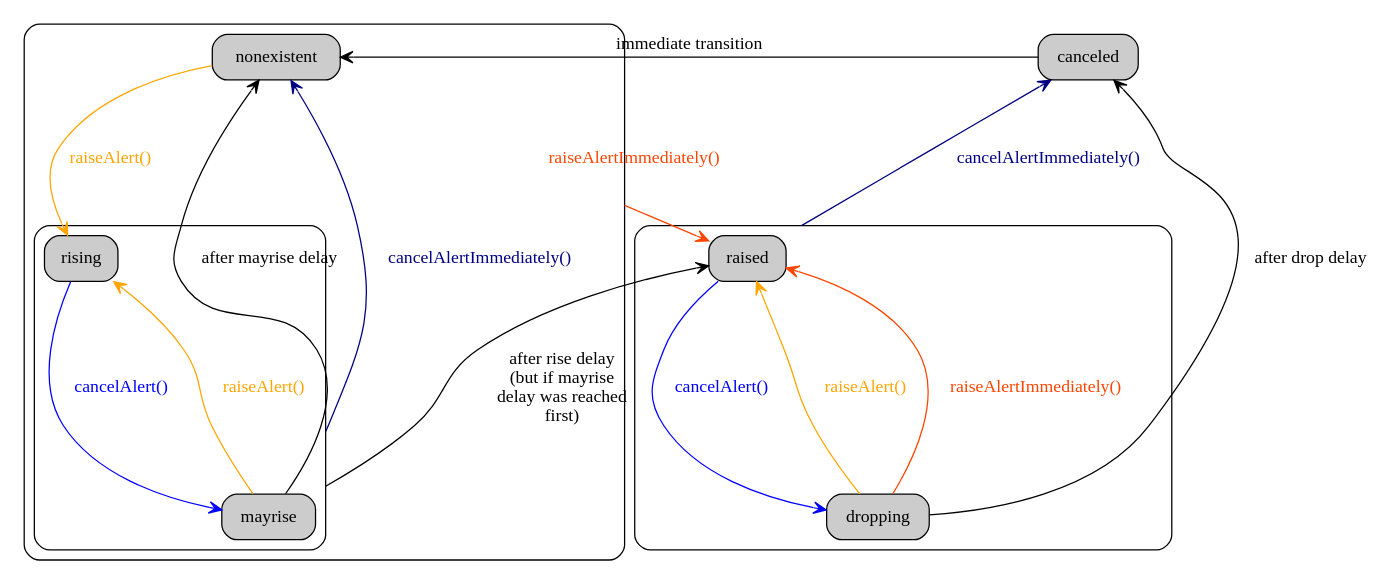
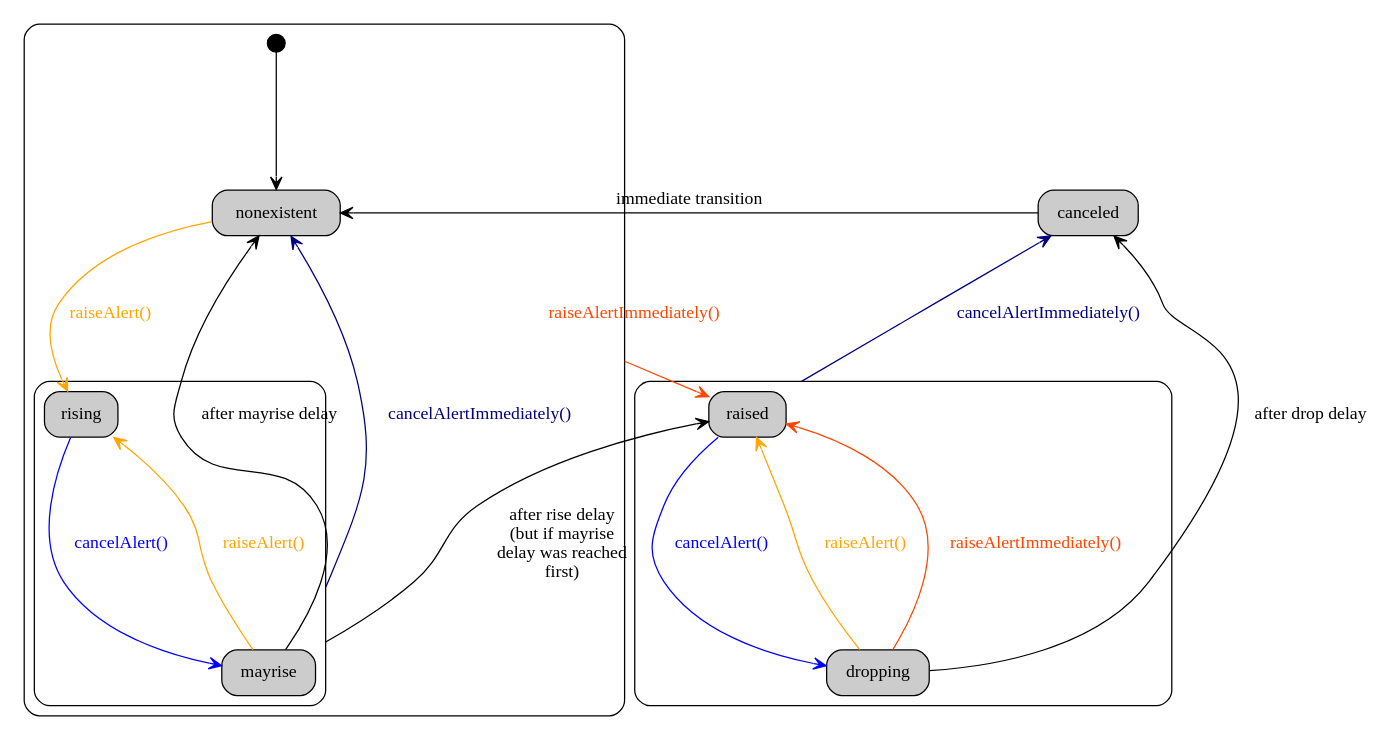
One commit to g76r/libqron changed the diagram in doc/alerts_statuses.dot. Above: the diagram before and after it, drawn with Graphviz.

Commit message:
doc: added initial state on alerts statuses diagram

```diff
--- a/doc/alerts_statuses.dot
+++ b/doc/alerts_statuses.dot
@@ -1,32 +1,31 @@
 graph g {
   newrank=true;
   graph [compound=true,style=rounded,ranksep=1.5]
   edge [arrowhead=vee,dir=forward]
   node [shape=box,style="rounded,filled",fillcolor=grey80]
   subgraph cluster_nonexistent {
-    /*start [shape=circle,style=filled,width=.2,label="",fillcolor=black]
-    start -- nonexistent*/
-    nonexistent
+    start [shape=circle,style=filled,width=.2,label="",fillcolor=black]
+    start -- nonexistent
     subgraph cluster_rising { rising; mayrise }
   }
   subgraph cluster_raised { raised; dropping }
   mayrise -- raised [ltail=cluster_rising,label="after rise delay\n(but if mayrise\ndelay was reached\nfirst)"]
   mayrise -- nonexistent [label="after mayrise delay"]
   dropping -- canceled [label="after drop delay"]
   canceled -- nonexistent [weight=0,label="immediate transition"]
   edge [color=orange,fontcolor=orange,label="raiseAlert()"]
   nonexistent -- rising
   mayrise -- rising
   dropping -- raised
   edge [color=blue,fontcolor=blue,label="cancelAlert()"]
   rising -- mayrise
   raised -- dropping
   edge [color=orangered,fontcolor=orangered,label="raiseAlertImmediately()"]
   nonexistent -- raised [ltail=cluster_nonexistent]
   dropping -- raised
   edge [color=navy,fontcolor=navy,label="cancelAlertImmediately()"]
   raised -- canceled [ltail=cluster_raised]
   mayrise -- nonexistent [ltail=cluster_rising]
   { rank=same; rising; raised }
   { rank=same; nonexistent; canceled }
 }
```
